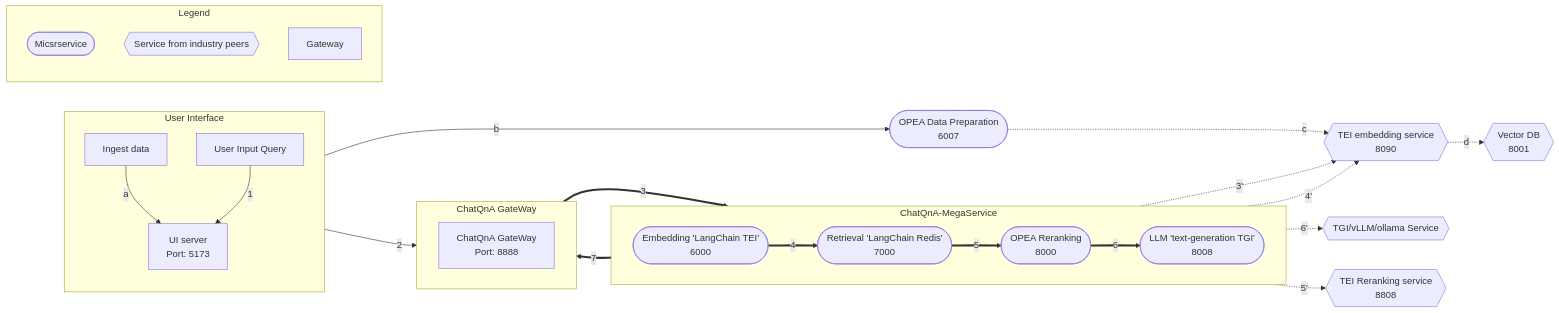
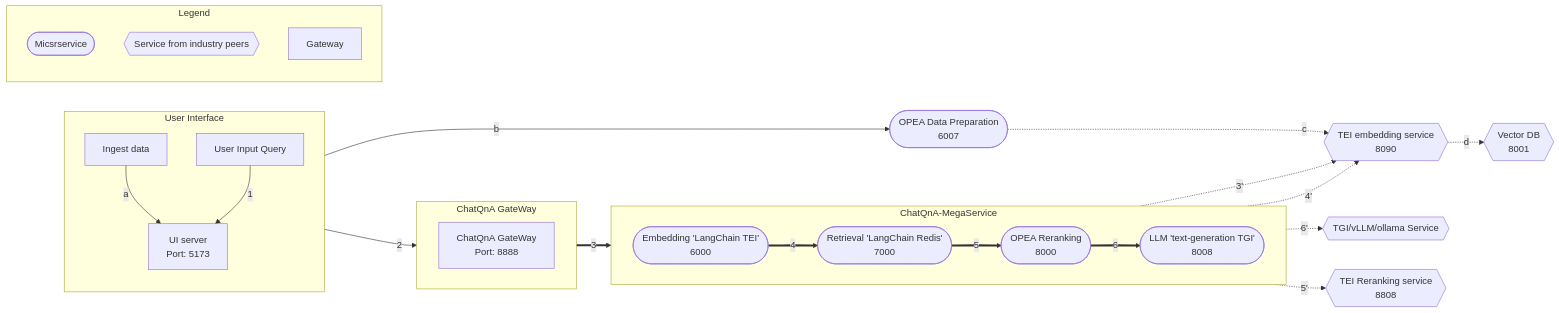
One commit to opea-project/GenAIExamples changed the diagram in ChatQnA/README.md. Above: the diagram before and after it, drawn with Mermaid.

````diff
--- a/ChatQnA/README.md
+++ b/ChatQnA/README.md
@@ -13,65 +13,65 @@
 ```mermaid
 graph LR
     subgraph ChatQnA-MegaService["ChatQnA-MegaService"]
         direction LR
         EM([Embedding 'LangChain TEI' <br>6000])
         RET([Retrieval 'LangChain Redis'<br>7000])
         RER([Rerank 'TEI'<br>8000])
        LLM([LLM 'text-generation TGI'<br>8008])
     end
 
     direction TB
     TEI_EM{{TEI embedding service<br>8090}}
     VDB{{Vector DB<br>8001}}
     %% Vector DB interaction
     TEI_EM -.->|d|VDB
 
     DP([OPEA Data Preparation<br>6007])
     LLM_gen{{TGI/vLLM/ollama Service}}
 
     direction TB
     RER([OPEA Reranking<br>8000])
     TEI_RER{{TEI Reranking service<br>8808}}
 
     subgraph User Interface
         direction TB
         a[User Input Query]
         Ingest[Ingest data]
         UI[UI server<br>Port: 5173]
     end
 
     subgraph ChatQnA GateWay
         direction LR
         GW[ChatQnA GateWay<br>Port: 8888]
     end
 
     %% Data Preparation flow
     %% Ingest data flow
     direction LR
     Ingest[Ingest data] -->|a| UI
     UI -->|b| DP
     DP -.->|c| TEI_EM
 
     %% Questions interaction
     direction LR
     a[User Input Query] -->|1| UI
     UI -->|2| GW
     GW ==>|3| EM
     EM ==>|4| RET
     RET ==>|5| RER
     RER ==>|6| LLM
-    LLM ==>|7| GW
+    
 
     %% Embedding service flow
     direction TB
     EM -.->|3'| TEI_EM
     RET -.->|4'| TEI_EM
     RER -.->|5'| TEI_RER
     LLM -.->|6'| LLM_gen
 
     subgraph Legend
         X([Micsrservice])
         Y{{Service from industry peers}}
         Z[Gateway]
     end
 ```
````
